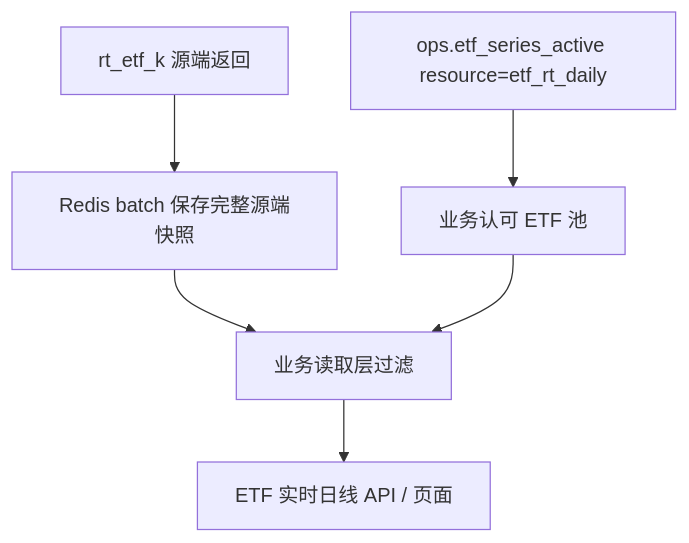
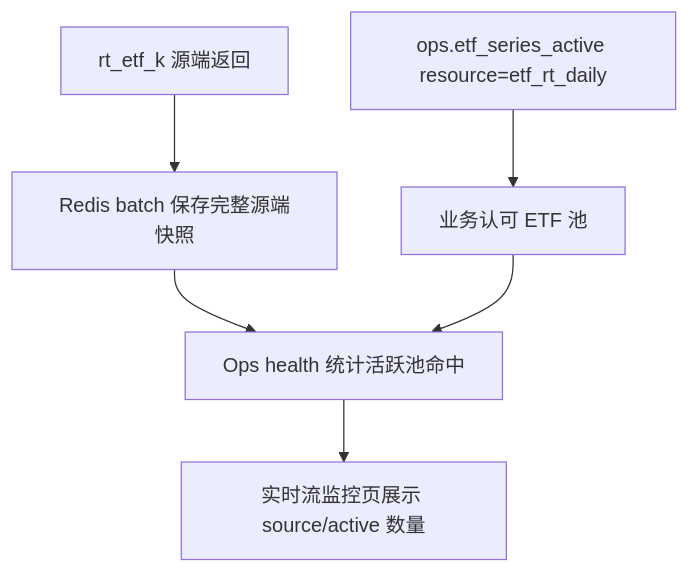
The second of 2 diagrams in docs/architecture/etf-active-pool-low-level-design-v1.md (chiuser/goldenshare), drawn with Mermaid before and after one commit. The commit also changed other lines of this file and 8 other files, not shown here.

````diff
--- a/docs/architecture/etf-active-pool-low-level-design-v1.md
+++ b/docs/architecture/etf-active-pool-low-level-design-v1.md
@@ -137,8 +138,8 @@
 ```mermaid
 flowchart TD
   A["rt_etf_k 源端返回"] --> B["Redis batch 保存完整源端快照"]
   C["ops.etf_series_active resource=etf_rt_daily"] --> D["业务认可 ETF 池"]
-  B --> E["业务读取层过滤"]
+  B --> E["Ops health 统计活跃池命中"]
   D --> E
-  E --> F["ETF 实时日线 API / 页面"]
+  E --> F["实时流监控页展示 source/active 数量"]
 ```
````
